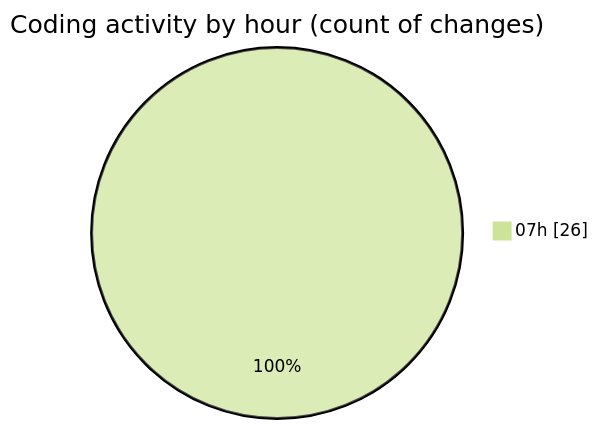
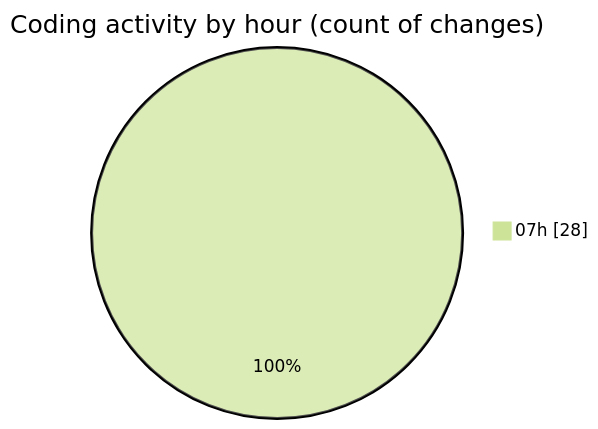
Before and after one commit to MatusMokan/code-tracking: the second of 2 diagrams in 2026-01-08/testuploaddovera/README.md, drawn with Mermaid (forest theme). The commit also changed other lines of this file and 1 other file, not shown here.

````diff
--- a/2026-01-08/testuploaddovera/README.md
+++ b/2026-01-08/testuploaddovera/README.md
@@ -35,5 +35,5 @@
 ```mermaid
 pie showData
 title Coding activity by hour (count of changes)
-"07h" : 26
+"07h" : 28
 ```
````
